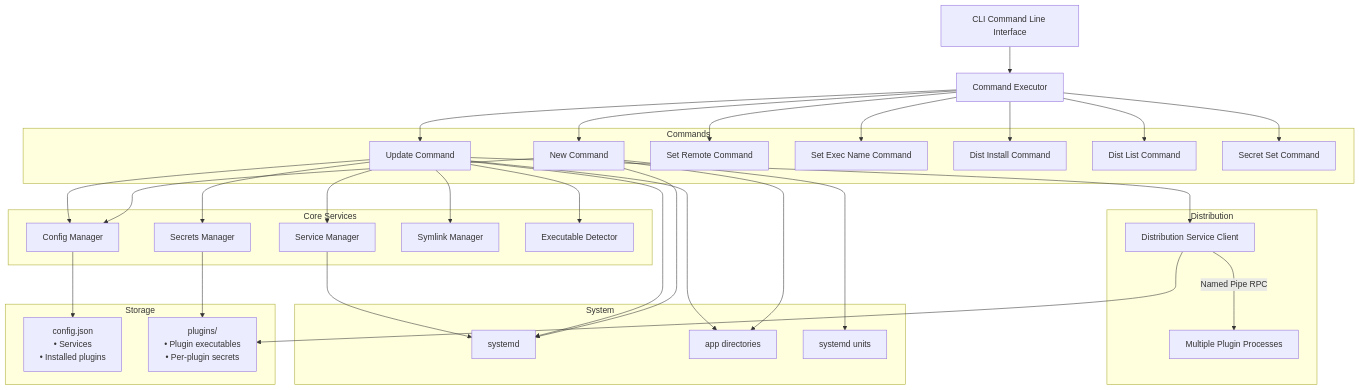
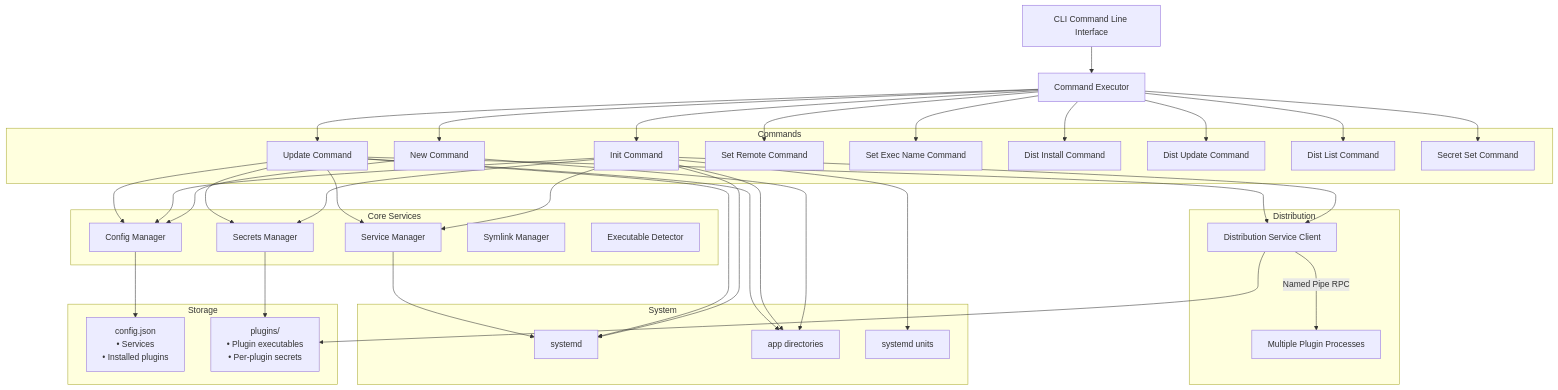
Before and after one commit to AdamTovatt/updaemon: the first of 6 diagrams in README.md, drawn with Mermaid. The commit also changed other lines of this file and 1 other file, not shown here.

````diff
--- a/README.md
+++ b/README.md
@@ -524,69 +559,76 @@
 ```mermaid
 graph TB
     CLI[CLI Command Line Interface]
     Executor[Command Executor]
     
     subgraph Commands
         NewCmd[New Command]
+        InitCmd[Init Command]
         UpdateCmd[Update Command]
         SetRemoteCmd[Set Remote Command]
         SetExecNameCmd[Set Exec Name Command]
         DistInstallCmd[Dist Install Command]
+        DistUpdateCmd[Dist Update Command]
         DistListCmd[Dist List Command]
         SecretSetCmd[Secret Set Command]
     end
     
     subgraph Core Services
         ConfigMgr[Config Manager]
         SecretsMgr[Secrets Manager]
         ServiceMgr[Service Manager]
         SymlinkMgr[Symlink Manager]
         ExecDetector[Executable Detector]
     end
     
     subgraph Distribution
         DistClient[Distribution Service Client]
         Plugins[Multiple Plugin Processes]
     end
     
     subgraph Storage
         ConfigFile["config.json<br/>• Services<br/>• Installed plugins"]
         PluginFiles["plugins/<br/>• Plugin executables<br/>• Per-plugin secrets"]
     end
     
     subgraph System
         Systemd[systemd]
         OptDir["app directories"]
         EtcDir["systemd units"]
     end
     
     CLI --> Executor
     Executor --> NewCmd
+    Executor --> InitCmd
     Executor --> UpdateCmd
     Executor --> SetRemoteCmd
     Executor --> SetExecNameCmd
     Executor --> DistInstallCmd
+    Executor --> DistUpdateCmd
     Executor --> DistListCmd
     Executor --> SecretSetCmd
-    
+
     NewCmd --> ConfigMgr
+    InitCmd --> ConfigMgr
+    InitCmd --> SecretsMgr
+    InitCmd --> ServiceMgr
+    InitCmd --> DistClient
     UpdateCmd --> ConfigMgr
     UpdateCmd --> SecretsMgr
     UpdateCmd --> ServiceMgr
-    UpdateCmd --> SymlinkMgr
-    UpdateCmd --> ExecDetector
     UpdateCmd --> DistClient
-    
+
     ConfigMgr --> ConfigFile
     SecretsMgr --> PluginFiles
-    
+
     DistClient -->|Named Pipe RPC| Plugins
     DistClient --> PluginFiles
-    
-    NewCmd --> Systemd
+
+    InitCmd --> Systemd
     UpdateCmd --> Systemd
     ServiceMgr --> Systemd
     NewCmd --> OptDir
+    InitCmd --> OptDir
     UpdateCmd --> OptDir
-    NewCmd --> EtcDir
+    InitCmd --> EtcDir
 ```
````
